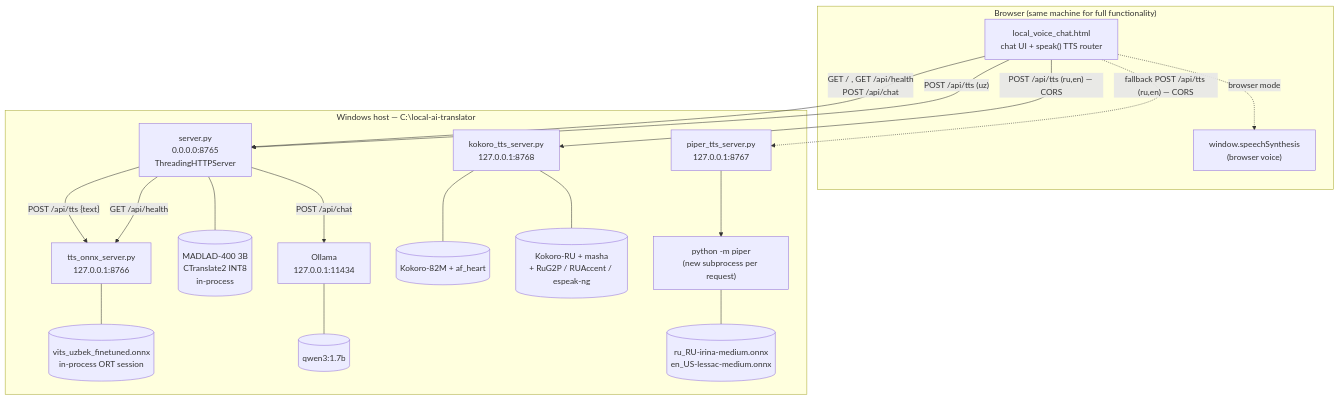
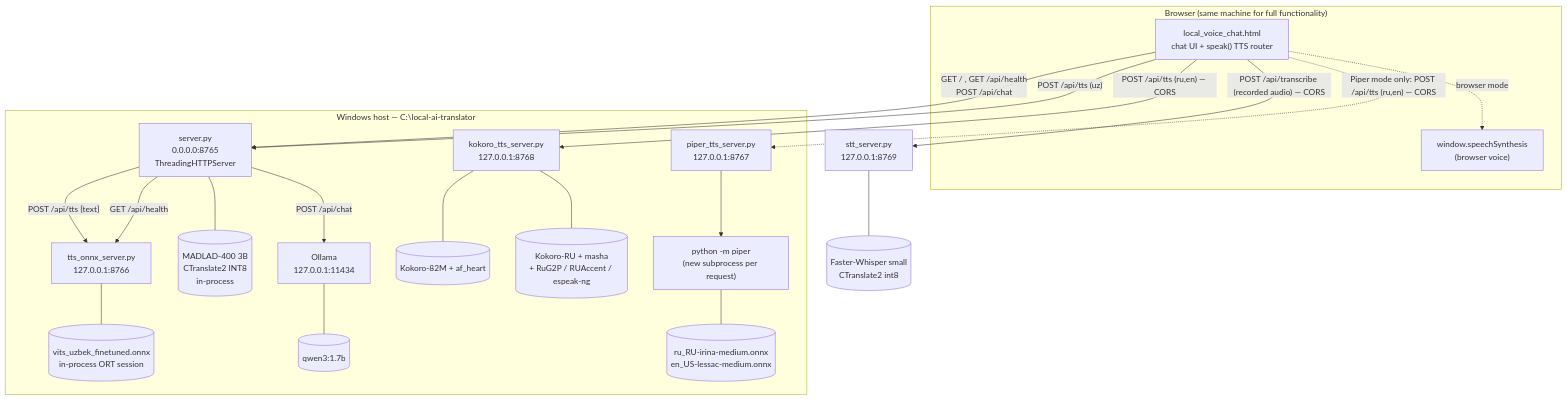
Before and after one commit to FirdavsNurmatov/local-ai-voice-assistant: the first of 4 diagrams in docs/ARCHITECTURE.md, drawn with Mermaid. The commit also changed other lines of this file and 14 other files, not shown here.

First line of the commit message:
Add Faster-Whisper STT service with voice input and proxy through server.py

````diff
--- a/docs/ARCHITECTURE.md
+++ b/docs/ARCHITECTURE.md
@@ -9,37 +9,39 @@
 ```mermaid
 flowchart TB
     subgraph Browser["Browser (same machine for full functionality)"]
         UI["local_voice_chat.html<br/>chat UI + speak() TTS router"]
         SS["window.speechSynthesis<br/>(browser voice)"]
     end
 
     subgraph Host["Windows host — C:\local-ai-translator"]
         S["server.py<br/>0.0.0.0:8765<br/>ThreadingHTTPServer"]
         MAD[("MADLAD-400 3B<br/>CTranslate2 INT8<br/>in-process")]
         U["tts_onnx_server.py<br/>127.0.0.1:8766"]
         UM[("vits_uzbek_finetuned.onnx<br/>in-process ORT session")]
         P["piper_tts_server.py<br/>127.0.0.1:8767"]
         PC["python -m piper<br/>(new subprocess per request)"]
         PM[("ru_RU-irina-medium.onnx<br/>en_US-lessac-medium.onnx")]
         K["kokoro_tts_server.py<br/>127.0.0.1:8768"]
         KE[("Kokoro-82M + af_heart")]
         KR[("Kokoro-RU + masha<br/>+ RuG2P / RUAccent / espeak-ng")]
         O["Ollama<br/>127.0.0.1:11434"]
         Q[("qwen3:1.7b")]
     end
 
     UI -- "GET / , GET /api/health<br/>POST /api/chat" --> S
     UI -- "POST /api/tts (uz)" --> S
     S -- "POST /api/tts {text}" --> U
     S -- "GET /api/health" --> U
     S --- MAD
     S -- "POST /api/chat" --> O
     O --- Q
     U --- UM
     UI -- "POST /api/tts (ru,en) — CORS" --> K
-    UI -. "fallback POST /api/tts (ru,en) — CORS" .-> P
+    UI -- "POST /api/transcribe (recorded audio) — CORS" --> W["stt_server.py<br/>127.0.0.1:8769"]
+    W --- WM[("Faster-Whisper small<br/>CTranslate2 int8")]
+    UI -. "Piper mode only: POST /api/tts (ru,en) — CORS" .-> P
     K --- KE
     K --- KR
     P --> PC --- PM
     UI -. "browser mode" .-> SS
 ```
````
